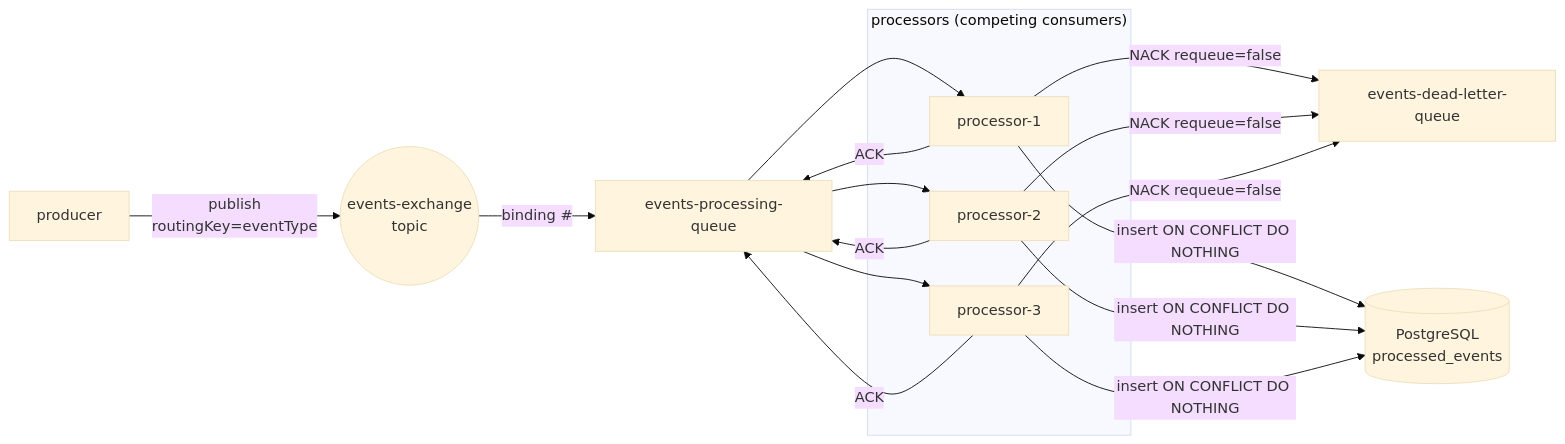
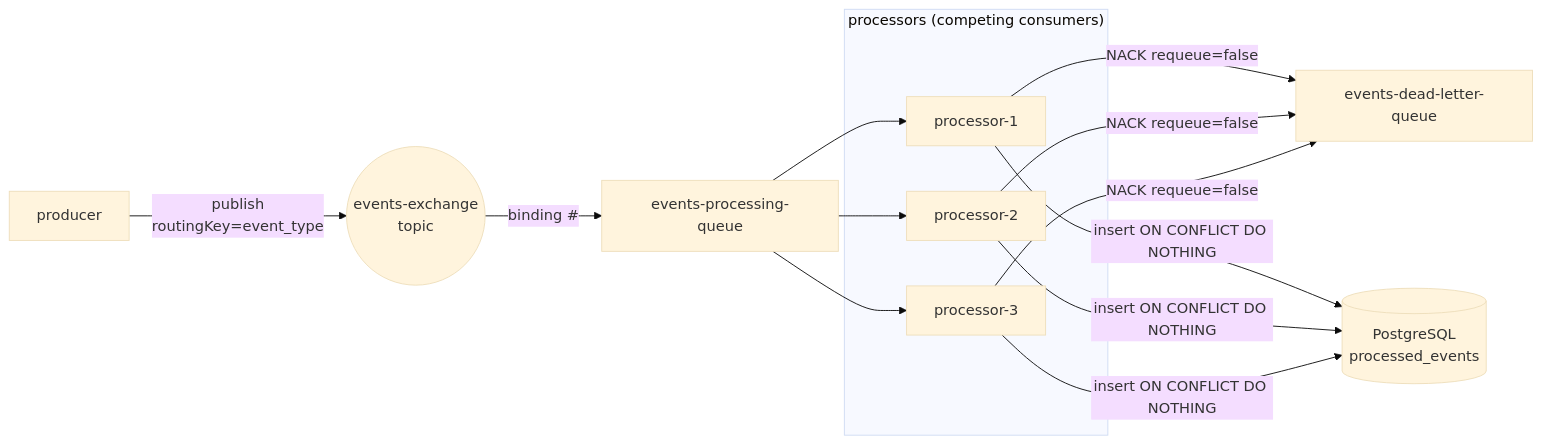
One commit to andersonmarquesgit/visa-pismo-event-processor changed the diagram in README.md. Above: the diagram before and after it, drawn with Mermaid (base theme). The commit also changed other lines of this file, not shown here.

````diff
--- a/README.md
+++ b/README.md
@@ -176,27 +180,23 @@
 ```mermaid
 flowchart LR
-  P[producer] -->|publish\nroutingKey=eventType| X((events-exchange\ntopic))
+  P[producer] -->|publish\nroutingKey=event_type| X((events-exchange\ntopic))
   X -->|binding #| Q[events-processing-queue]
 
   subgraph Processors["processors (competing consumers)"]
     C1[processor-1]
     C2[processor-2]
     C3[processor-3]
   end
 
   Q --> C1
   Q --> C2
   Q --> C3
 
-  C1 -->|ACK| Q
-  C2 -->|ACK| Q
-  C3 -->|ACK| Q
-
   C1 -->|NACK requeue=false| DLQ[events-dead-letter-queue]
   C2 -->|NACK requeue=false| DLQ
   C3 -->|NACK requeue=false| DLQ
 
   C1 -->|insert ON CONFLICT DO NOTHING| PG[(PostgreSQL\nprocessed_events)]
   C2 -->|insert ON CONFLICT DO NOTHING| PG
   C3 -->|insert ON CONFLICT DO NOTHING| PG
 ```
````
